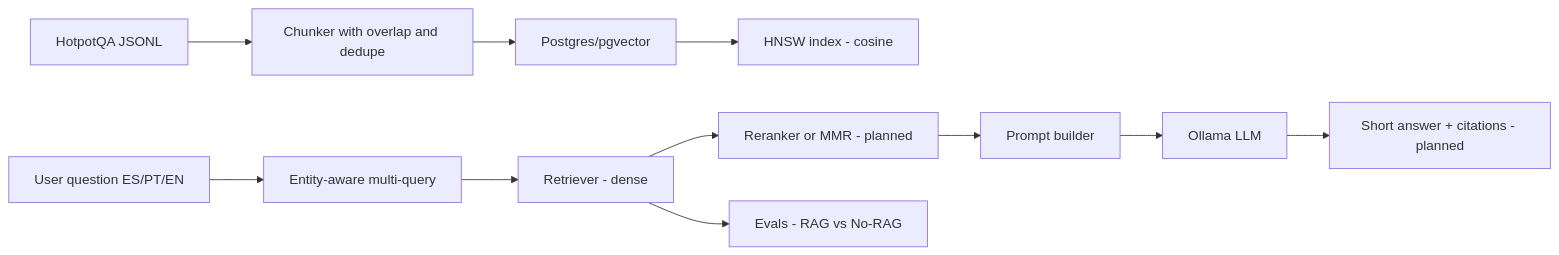
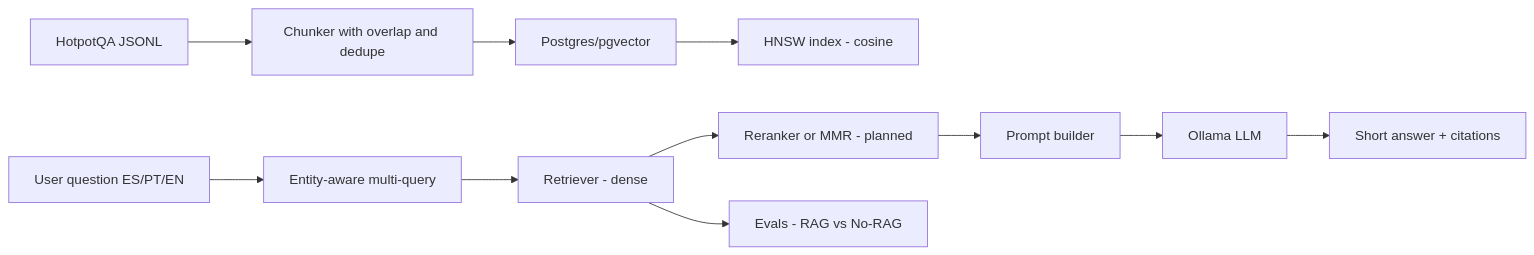
Before and after one commit to carjes232/multilingual-multihop-rag: the diagram in README.md, drawn with Mermaid. The commit also changed other lines of this file and 46 other files, not shown here.

````diff
--- a/README.md
+++ b/README.md
@@ -18,13 +19,13 @@
 ```mermaid
 graph LR
   A[HotpotQA JSONL] --> B[Chunker with overlap and dedupe]
   B --> C[Postgres/pgvector]
   C --> D[HNSW index - cosine]
   Q[User question ES/PT/EN] --> M[Entity-aware multi-query]
   M --> R[Retriever - dense]
   R --> X[Reranker or MMR - planned]
   X --> P[Prompt builder]
   P --> L[Ollama LLM]
-  L --> ANS[Short answer + citations - planned]
+  L --> ANS[Short answer + citations]
   R --> E[Evals - RAG vs No-RAG]
 ```
````
